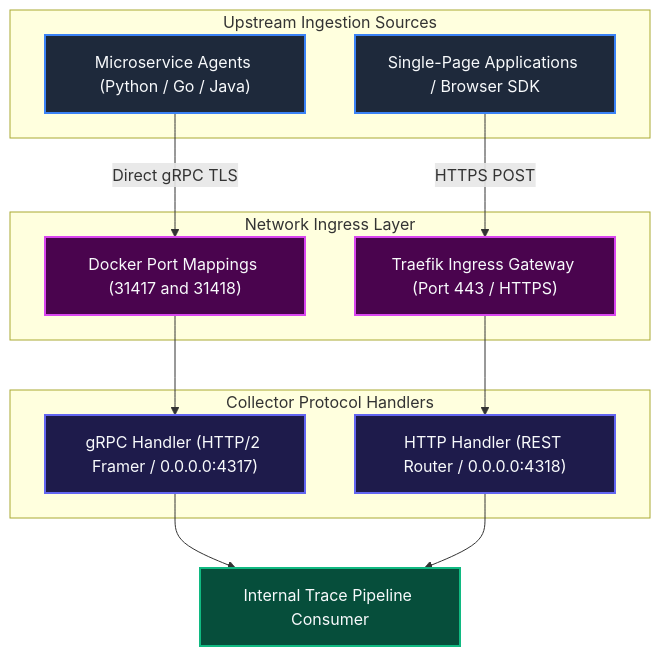
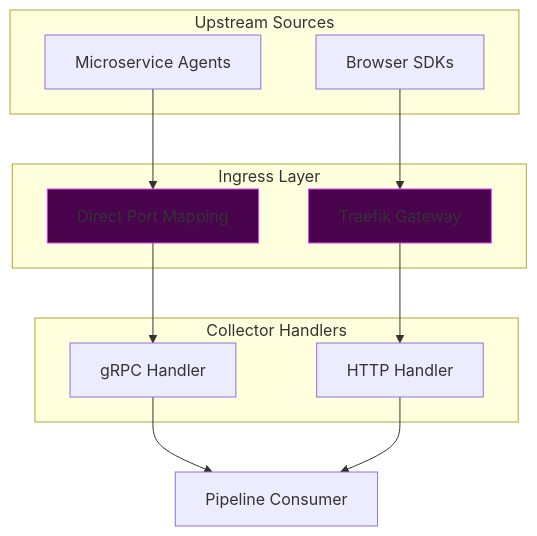
Before and after one commit to Chief-Strategist-J/llm-obs-infra: the third of 22 diagrams in docs/configDoc/otel-collector-configuration-guide.md, drawn with Mermaid. The commit also changed other lines of this file, not shown here.

Commit message:
fix(docs): resolve all Mermaid diagram syntax and layout rendering issues in otel configuration guide

````diff
--- a/docs/configDoc/otel-collector-configuration-guide.md
+++ b/docs/configDoc/otel-collector-configuration-guide.md
@@ -665,34 +679,27 @@
 ```mermaid
 graph TD
-    subgraph ClientCallers ["Upstream Ingestion Sources"]
-        GRPCClient["Microservice Agents (Python / Go / Java)"]
-        BrowserClient["Single-Page Applications / Browser SDK"]
+    subgraph ClientCallers ["Upstream Sources"]
+        GRPCClient["Microservice Agents"]
+        BrowserClient["Browser SDKs"]
     end
 
-    subgraph SecurityBoundary ["Network Ingress Layer"]
-        TraefikProxy["Traefik Ingress Gateway (Port 443 / HTTPS)"]
-        DirectPortBridge["Docker Port Mappings (31417 and 31418)"]
+    subgraph SecurityBoundary ["Ingress Layer"]
+        TraefikProxy["Traefik Gateway"]
+        DirectPortBridge["Direct Port Mapping"]
     end
 
-    subgraph ProtocolHandlers ["Collector Protocol Handlers"]
-        GRPCHandler["gRPC Handler (HTTP/2 Framer / 0.0.0.0:4317)"]
-        HTTPHandler["HTTP Handler (REST Router / 0.0.0.0:4318)"]
+    subgraph ProtocolHandlers ["Collector Handlers"]
+        GRPCHandler["gRPC Handler"]
+        HTTPHandler["HTTP Handler"]
     end
 
-    GRPCClient -->|Direct gRPC TLS| DirectPortBridge
-    BrowserClient -->|HTTPS POST| TraefikProxy
-
+    GRPCClient --> DirectPortBridge
+    BrowserClient --> TraefikProxy
     DirectPortBridge --> GRPCHandler
     TraefikProxy --> HTTPHandler
-
-    GRPCHandler --> TracePipeline["Internal Trace Pipeline Consumer"]
+    GRPCHandler --> TracePipeline["Pipeline Consumer"]
     HTTPHandler --> TracePipeline
 
-    style GRPCClient fill:#1e293b,stroke:#3b82f6,stroke-width:2px,color:#f8fafc
-    style BrowserClient fill:#1e293b,stroke:#3b82f6,stroke-width:2px,color:#f8fafc
-    style TraefikProxy fill:#4a044e,stroke:#d946ef,stroke-width:2px,color:#f8fafc
-    style DirectPortBridge fill:#4a044e,stroke:#d946ef,stroke-width:2px,color:#f8fafc
-    style GRPCHandler fill:#1e1b4b,stroke:#6366f1,stroke-width:2px,color:#f8fafc
-    style HTTPHandler fill:#1e1b4b,stroke:#6366f1,stroke-width:2px,color:#f8fafc
-    style TracePipeline fill:#064e3b,stroke:#10b981,stroke-width:2px,color:#f8fafc
+    style TraefikProxy fill:#4a044e,stroke:#d946ef
+    style DirectPortBridge fill:#4a044e,stroke:#d946ef
 ```
````
